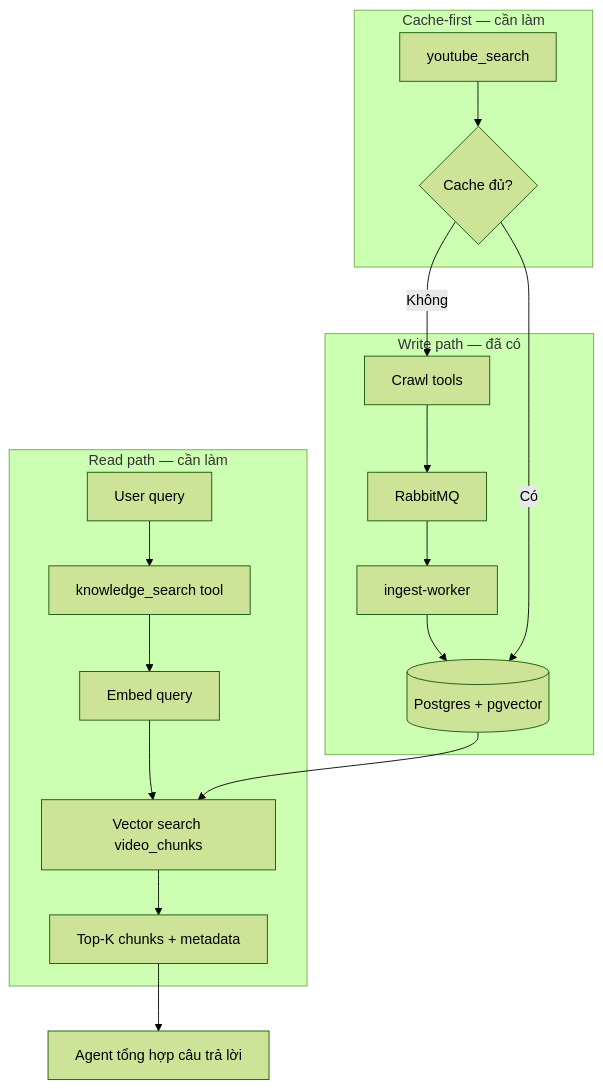
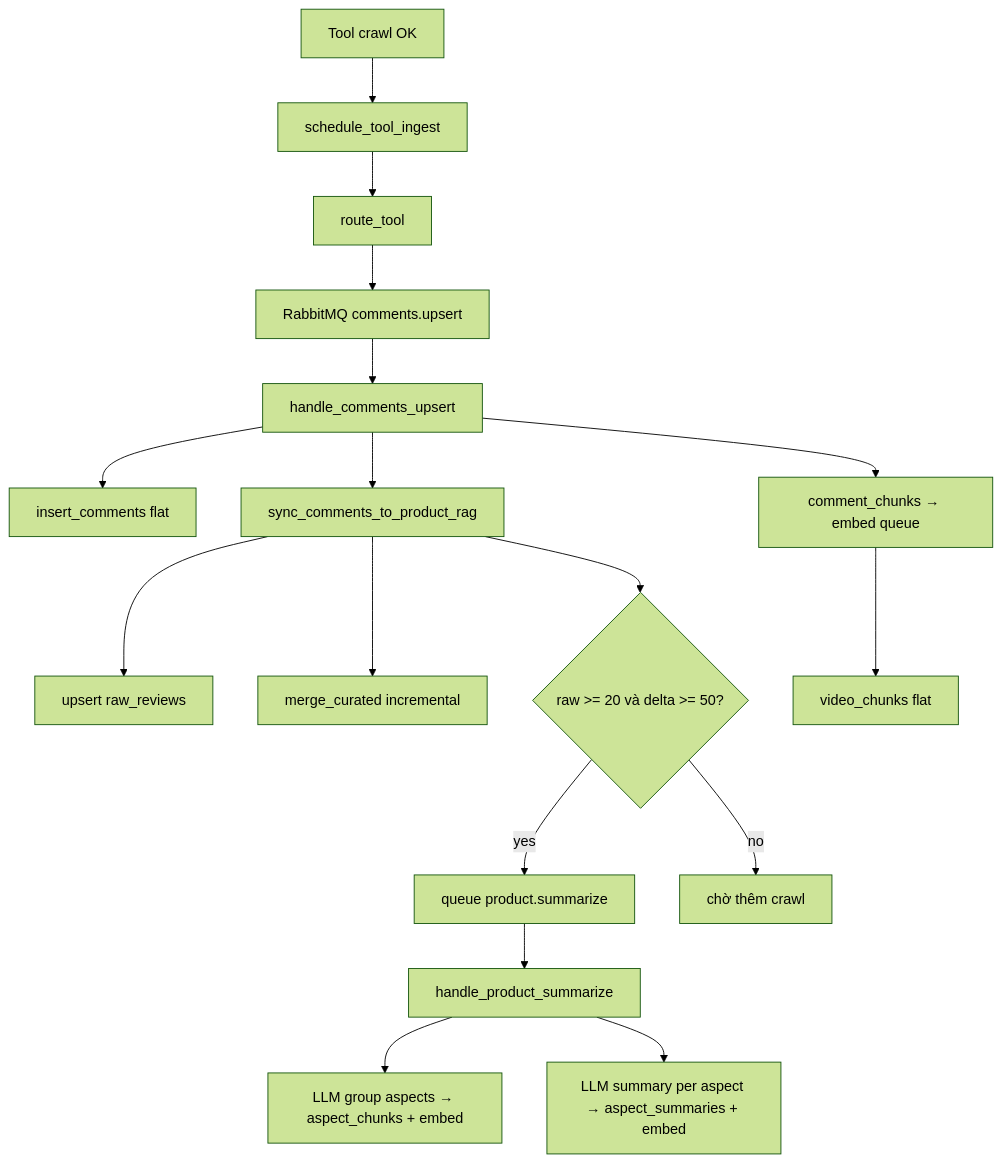
The second of 2 diagrams in docs/RAG-GUIDE.md (himmler0225/ai-layer), drawn with Mermaid (forest theme) before and after one commit. The commit also changed other lines of this file and 67 other files, not shown here.

````diff
--- a/docs/RAG-GUIDE.md
+++ b/docs/RAG-GUIDE.md
@@ -44,24 +99,19 @@
 ```mermaid
-flowchart TB
-    subgraph read [Read path — cần làm]
-        Q[User query] --> KS[knowledge_search tool]
-        KS --> E[Embed query]
-        E --> VS[Vector search video_chunks]
-        VS --> R[Top-K chunks + metadata]
-    end
-
-    subgraph write [Write path — đã có]
-        T[Crawl tools] --> MQ[RabbitMQ]
-        MQ --> W[ingest-worker]
-        W --> DB[(Postgres + pgvector)]
-    end
-
-    subgraph smart [Cache-first — cần làm]
-        S[youtube_search] --> C{Cache đủ?}
-        C -->|Có| DB
-        C -->|Không| T
-    end
-
-    R --> Agent[Agent tổng hợp câu trả lời]
-    DB --> VS
+flowchart TD
+    A[Tool crawl OK] --> B[schedule_tool_ingest]
+    B --> C[route_tool]
+    C --> D[RabbitMQ comments.upsert]
+    D --> E[handle_comments_upsert]
+    E --> F[insert_comments flat]
+    E --> G[sync_comments_to_product_rag]
+    G --> H[upsert raw_reviews]
+    G --> I[merge_curated incremental]
+    G --> J{raw >= 20 và delta >= 50?}
+    J -->|yes| K[queue product.summarize]
+    J -->|no| L[chờ thêm crawl]
+    K --> M[handle_product_summarize]
+    M --> N[LLM group aspects → aspect_chunks + embed]
+    M --> O[LLM summary per aspect → aspect_summaries + embed]
+    E --> P[comment_chunks → embed queue]
+    P --> Q[video_chunks flat]
 ```
````
